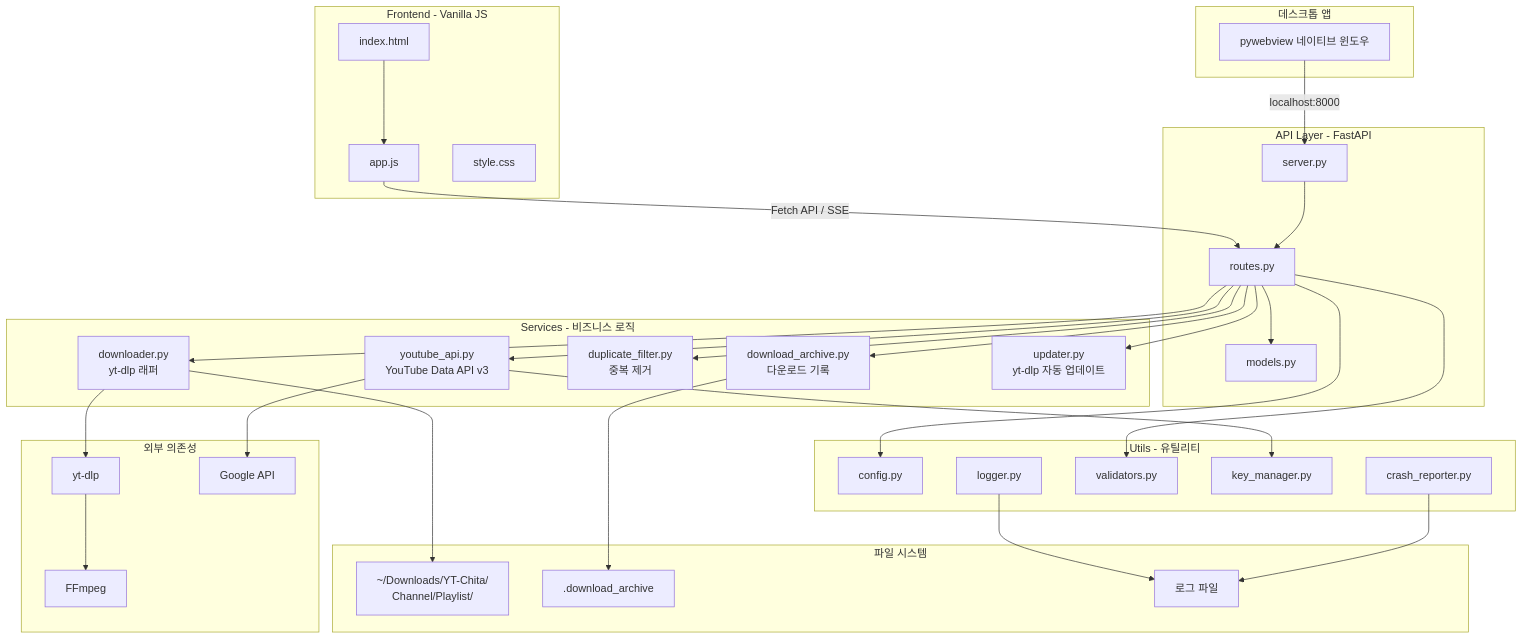
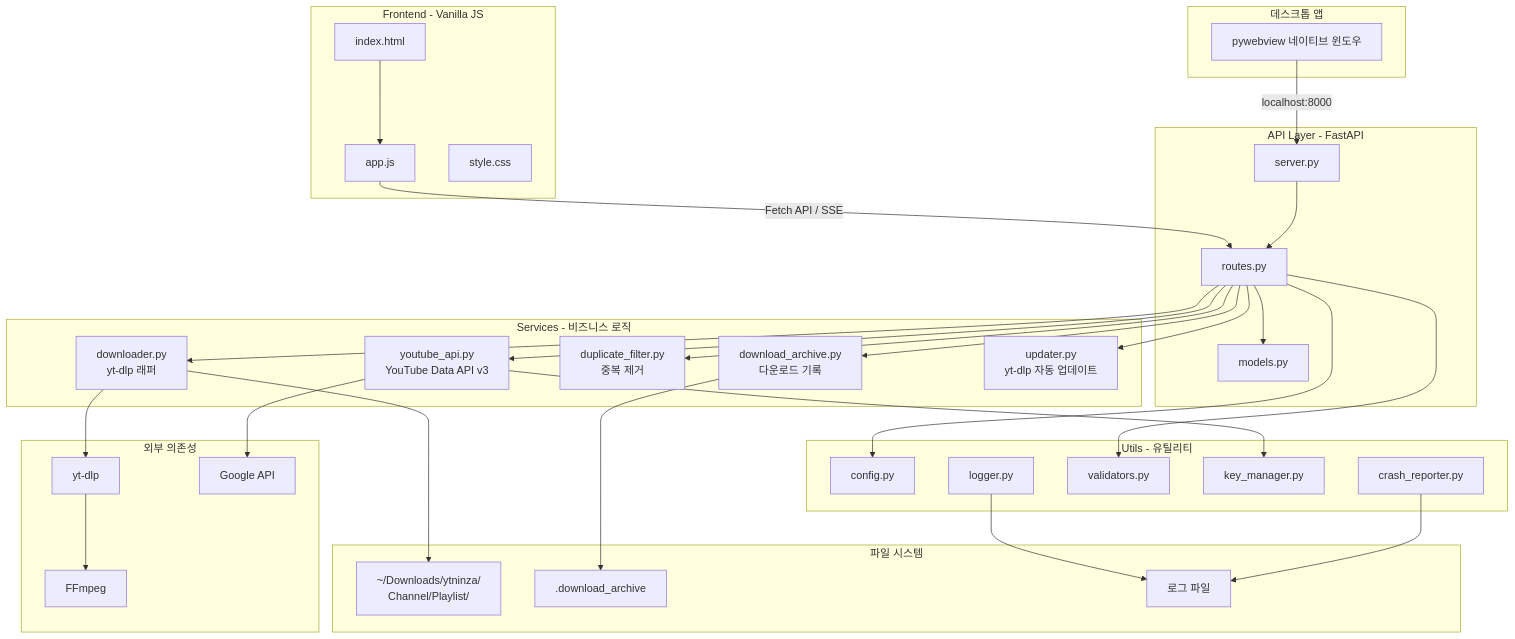
One commit to sunpark20/YT-Chita changed the first of 3 diagrams in docs/architecture.md. Above: the diagram before and after it, drawn with Mermaid. The commit also changed other lines of this file and 18 other files, not shown here.

Commit message:
v1.4.0: rename YT-Chita → ytninza, add UI zoom controls

````diff
--- a/docs/architecture.md
+++ b/docs/architecture.md
@@ -5,67 +5,67 @@
 ```mermaid
 graph TB
     subgraph Desktop["데스크톱 앱"]
         PW[pywebview 네이티브 윈도우]
     end
 
     subgraph Frontend["Frontend - Vanilla JS"]
         HTML[index.html]
         JS[app.js]
         CSS[style.css]
     end
 
     subgraph API["API Layer - FastAPI"]
         SERVER[server.py]
         ROUTES[routes.py]
         MODELS[models.py]
     end
 
     subgraph Services["Services - 비즈니스 로직"]
         YTAPI[youtube_api.py<br/>YouTube Data API v3]
         DL[downloader.py<br/>yt-dlp 래퍼]
         DEDUP[duplicate_filter.py<br/>중복 제거]
         ARCHIVE[download_archive.py<br/>다운로드 기록]
         UPDATER[updater.py<br/>yt-dlp 자동 업데이트]
     end
 
     subgraph Utils["Utils - 유틸리티"]
         CONFIG[config.py]
         LOGGER[logger.py]
         VALID[validators.py]
         KEYMANAGER[key_manager.py]
         CRASH[crash_reporter.py]
     end
 
     subgraph External["외부 의존성"]
         YTDLP[yt-dlp]
         GAPI[Google API]
         FFMPEG[FFmpeg]
     end
 
     subgraph Storage["파일 시스템"]
-        DOWNLOADS["~/Downloads/YT-Chita/<br/>Channel/Playlist/"]
+        DOWNLOADS["~/Downloads/ytninza/<br/>Channel/Playlist/"]
         ARCHIVEFILE[.download_archive]
         LOGS[로그 파일]
     end
 
     PW -->|"localhost:8000"| SERVER
     HTML --> JS
     JS -->|"Fetch API / SSE"| ROUTES
     SERVER --> ROUTES
     ROUTES --> MODELS
     ROUTES --> YTAPI
     ROUTES --> DL
     ROUTES --> DEDUP
     ROUTES --> ARCHIVE
     ROUTES --> UPDATER
     YTAPI --> GAPI
     DL --> YTDLP
     YTDLP --> FFMPEG
     DL --> DOWNLOADS
     ARCHIVE --> ARCHIVEFILE
     LOGGER --> LOGS
     ROUTES --> CONFIG
     ROUTES --> VALID
     YTAPI --> KEYMANAGER
     CRASH --> LOGS
 ```
````
